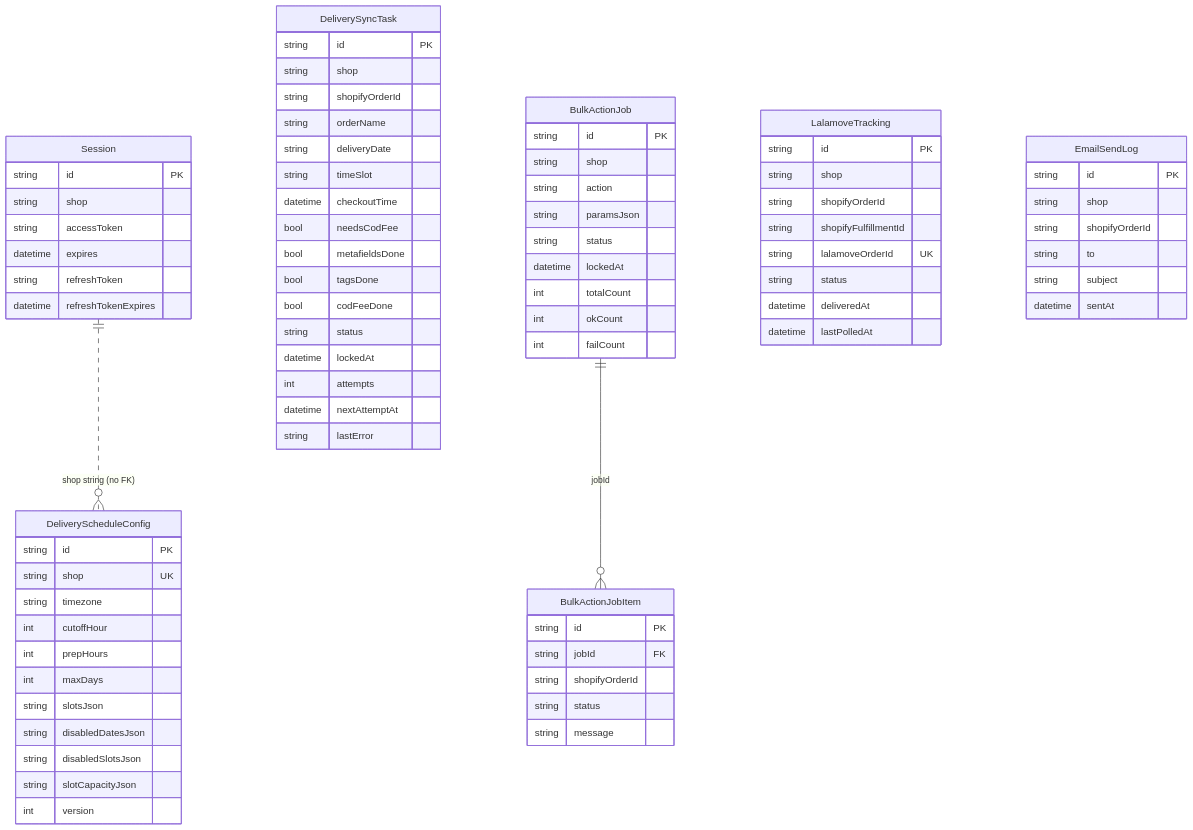
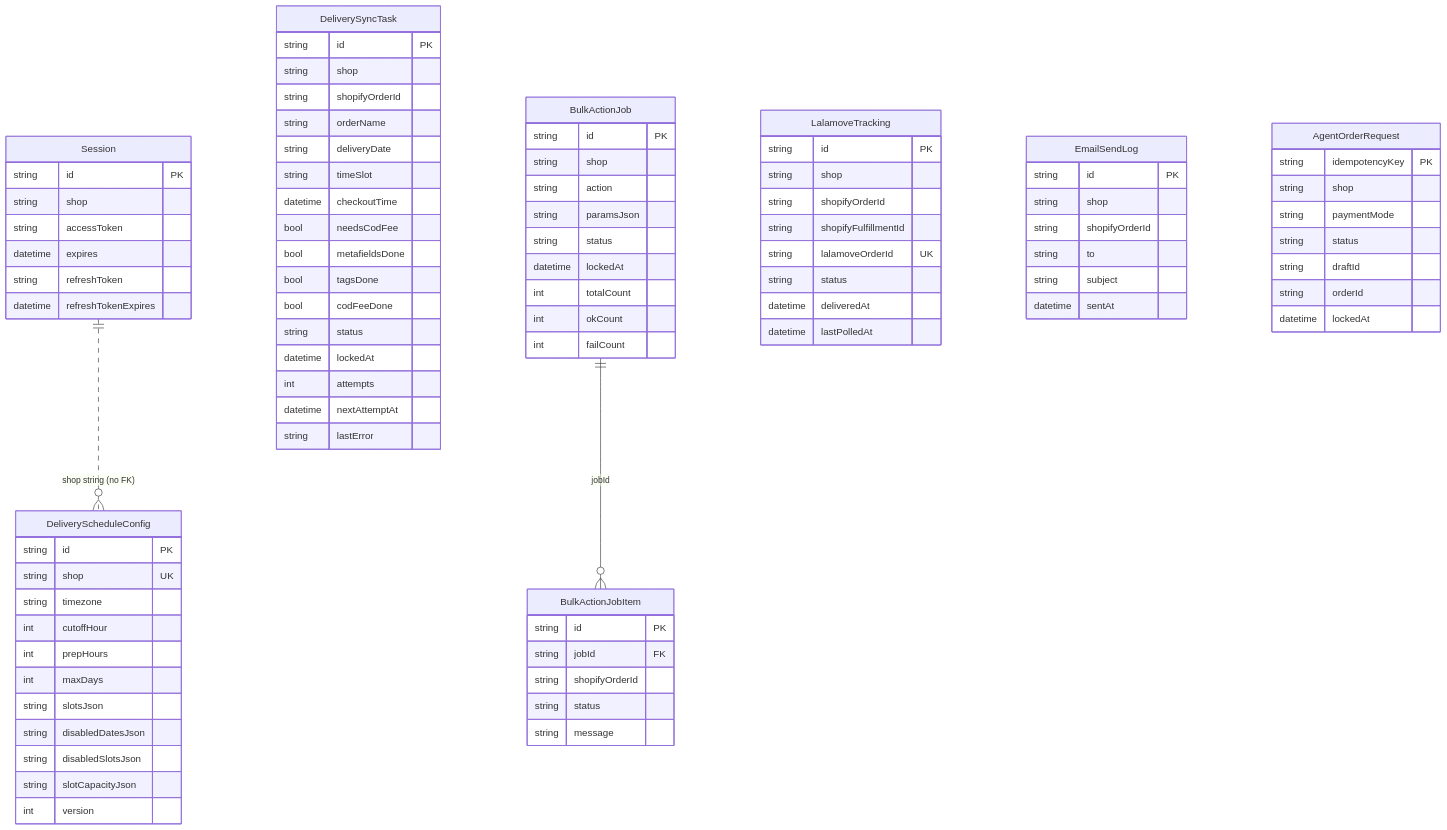
One commit to flwrdev/delivery-scheduler changed the third of 3 diagrams in docs/architecture.md. Above: the diagram before and after it, drawn with Mermaid. The commit also changed other lines of this file and 4 other files, not shown here.

First line of the commit message:
docs: record the 2026-09-09 release and the AgentOrderRequest model

````diff
--- a/docs/architecture.md
+++ b/docs/architecture.md
@@ -419,6 +419,16 @@
         datetime sentAt
     }
 
+    AgentOrderRequest {
+        string   idempotencyKey PK
+        string   shop
+        string   paymentMode
+        string   status
+        string   draftId
+        string   orderId
+        datetime lockedAt
+    }
+
     BulkActionJob ||--o{ BulkActionJobItem : "jobId"
     Session ||..o{ DeliveryScheduleConfig : "shop string (no FK)"
 ```
````
